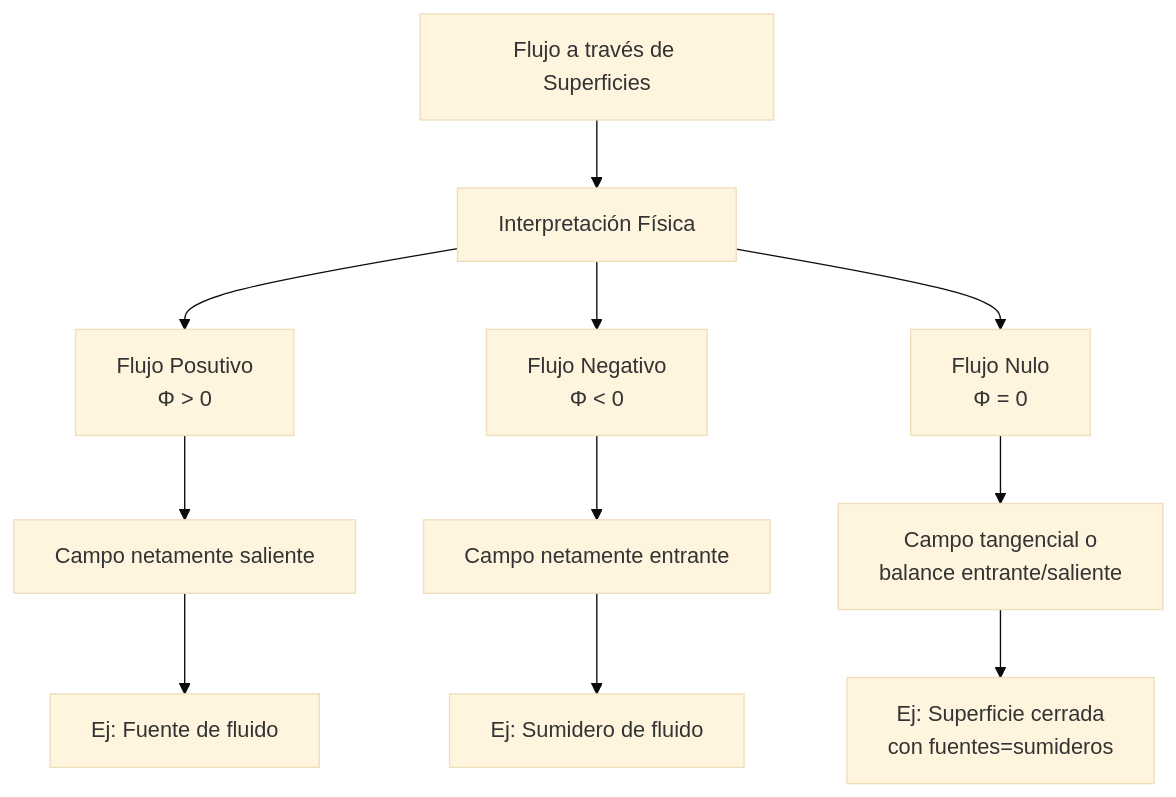
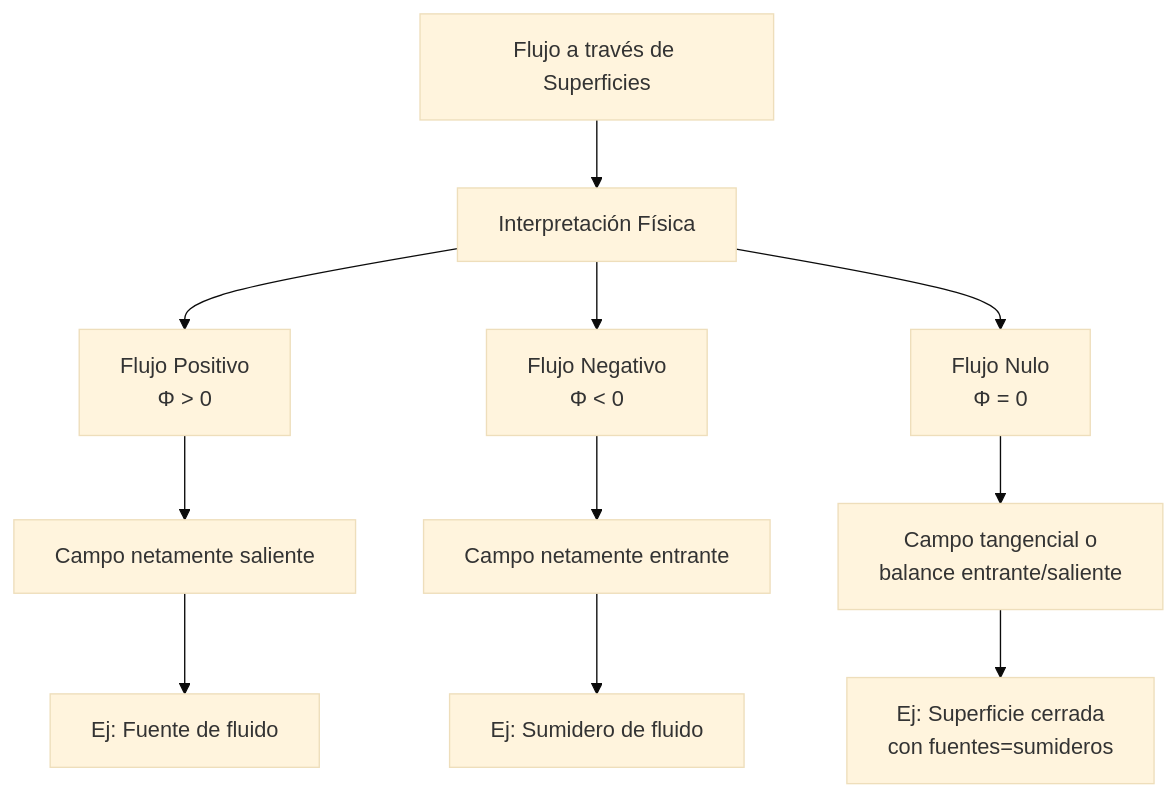
The first of 2 diagrams in public/documents/semester-3/2/3237.md (djaimej/computer-science-template), drawn with Mermaid (base theme) before and after one commit. The commit also changed other lines of this file and 21 other files, not shown here.

````diff
--- a/public/documents/semester-3/2/3237.md
+++ b/public/documents/semester-3/2/3237.md
@@ -41,16 +45,16 @@
 ```mermaid
 flowchart TD
     A[Flujo a través de Superficies] --> B[Interpretación Física]
 
-    B --> C[Flujo Posutivo<br>Φ > 0]
+    B --> C[Flujo Positivo<br>Φ > 0]
     B --> D[Flujo Negativo<br>Φ < 0]
     B --> E[Flujo Nulo<br>Φ = 0]
 
     C --> F[Campo netamente saliente]
     D --> G[Campo netamente entrante]
     E --> H[Campo tangencial o<br>balance entrante/saliente]
 
     F --> I[Ej: Fuente de fluido]
     G --> J[Ej: Sumidero de fluido]
     H --> K[Ej: Superficie cerrada<br>con fuentes=sumideros]
 ```
````
